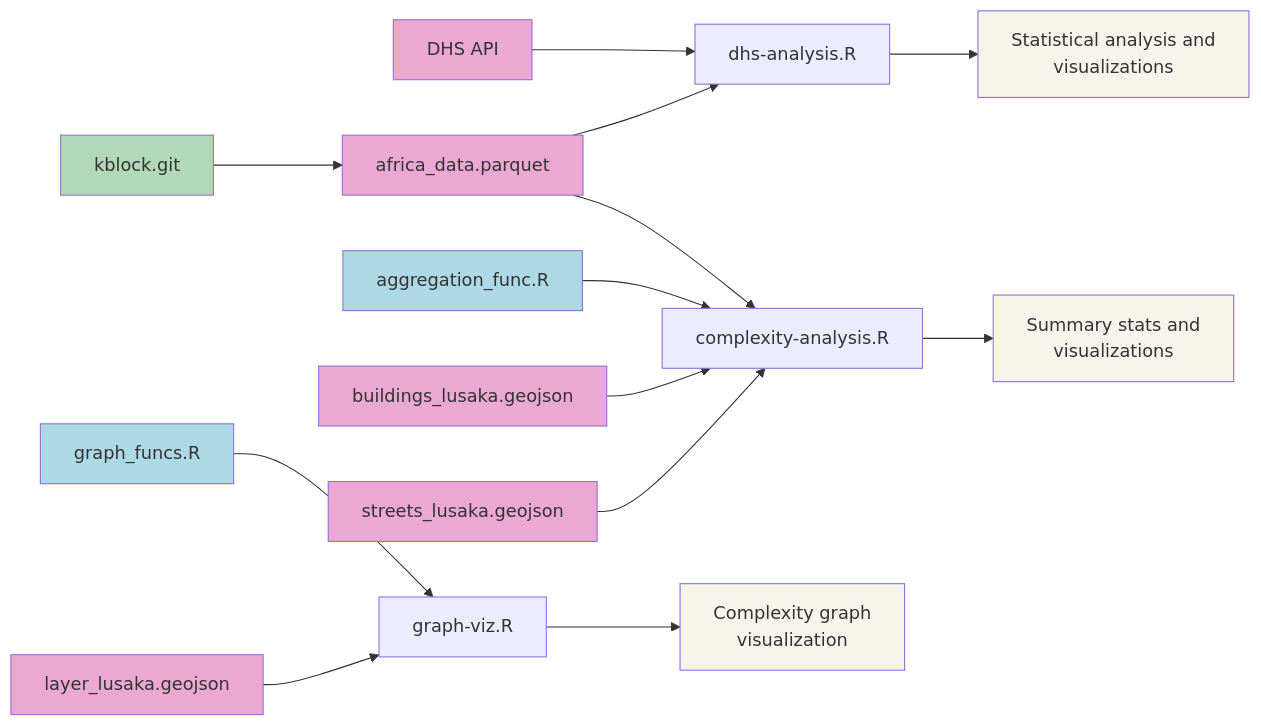
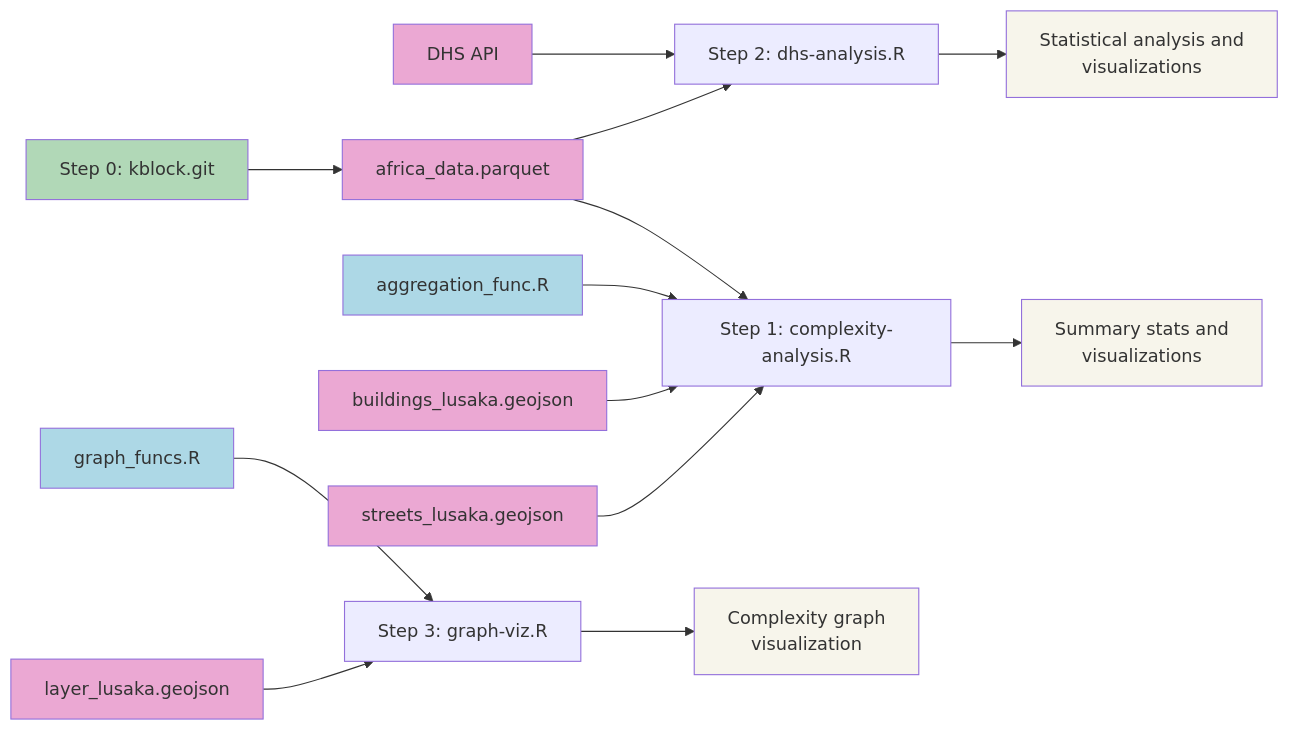
The diagram in ReadMe.md (mansueto-institute/kblock-analysis), drawn with Mermaid before and after one commit.

````diff
--- a/ReadMe.md
+++ b/ReadMe.md
@@ -22,33 +22,33 @@
 ```mermaid
 graph LR
 G[DHS API] --> C
-A[africa_data.parquet] --> B[complexity-analysis.R]
+A[africa_data.parquet] --> B[Step 1: complexity-analysis.R]
 E[aggregation_func.R] --> B
-A --> C[dhs-analysis.R]
+A --> C[Step 2: dhs-analysis.R]
 B --> Z[Summary stats and<br>visualizations]
 C --> X[Statistical analysis and<br>visualizations]
-Q[kblock.git] --> A
+Q[Step 0: kblock.git] --> A
 
-F[graph_funcs.R] --> D[graph-viz.R]
+F[graph_funcs.R] --> D[Step 3: graph-viz.R]
 J[layer_lusaka.geojson] --> D
 
 K[buildings_lusaka.geojson] --> B
 L[streets_lusaka.geojson] --> B
 
 D --> Y[Complexity graph<br>visualization]
 
 style A fill:#eba8d3
 style G fill:#eba8d3
 style J fill:#eba8d3
 style K fill:#eba8d3
 style L fill:#eba8d3
 
 style Z fill: #f7f5eb
 style X fill: #f7f5eb
 style Y fill: #f7f5eb
 
 style F fill: #ADD8E6
 style E fill: #ADD8E6
 
 style Q fill: #b1d8b7
 ```
````
